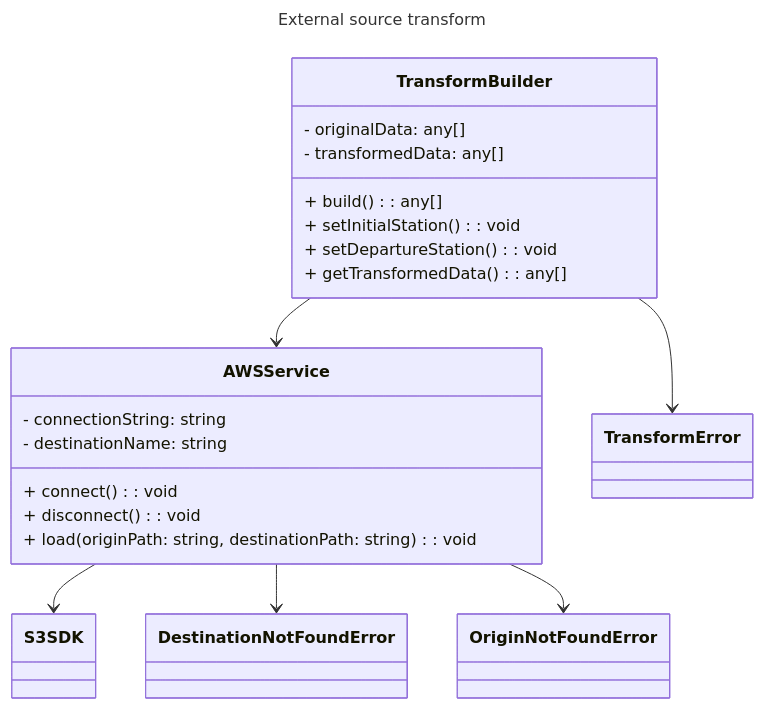
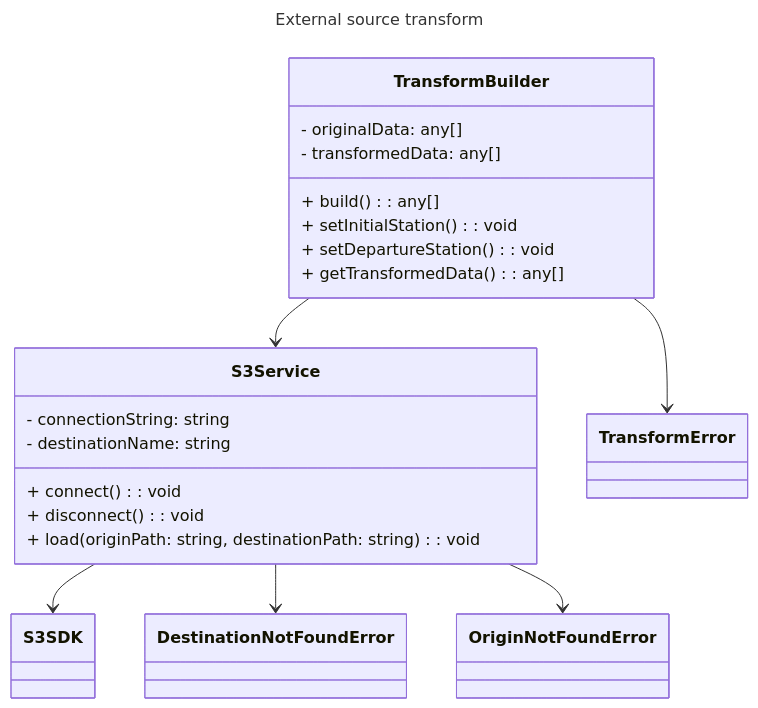
Before and after one commit to CPNV-ES-BI1-SBB/EXTERNAL-SOURCE-TRANSFORM: the diagram in docs/class_diagram.md, drawn with Mermaid. The commit also changed 1 other file, not shown here.

Commit message:
test: add S3ServiceMock

````diff
--- a/docs/class_diagram.md
+++ b/docs/class_diagram.md
@@ -2,37 +2,37 @@
 ```mermaid
 ---
 title: External source transform
 ---
 classDiagram
     
     class TransformBuilder {
         - originalData: any[]
         - transformedData: any[]
         + build(): any[]
         + setInitialStation(): void
         + setDepartureStation(): void
         + getTransformedData(): any[]
     }
     
-    class AWSService {
+    class S3Service {
         - connectionString: string
         - destinationName: string
         + connect(): void
         + disconnect(): void
         + load(originPath: string, destinationPath: string): void
     }
     
     class S3SDK { }
     
     class DestinationNotFoundError { }
     
     class OriginNotFoundError { }
     
     class TransformError { }
     
-    TransformBuilder --> AWSService
-    AWSService --> S3SDK
-    AWSService --> DestinationNotFoundError
-    AWSService --> OriginNotFoundError
+    TransformBuilder --> S3Service
+    S3Service --> S3SDK
+    S3Service --> DestinationNotFoundError
+    S3Service --> OriginNotFoundError
     TransformBuilder --> TransformError
 ```
````
